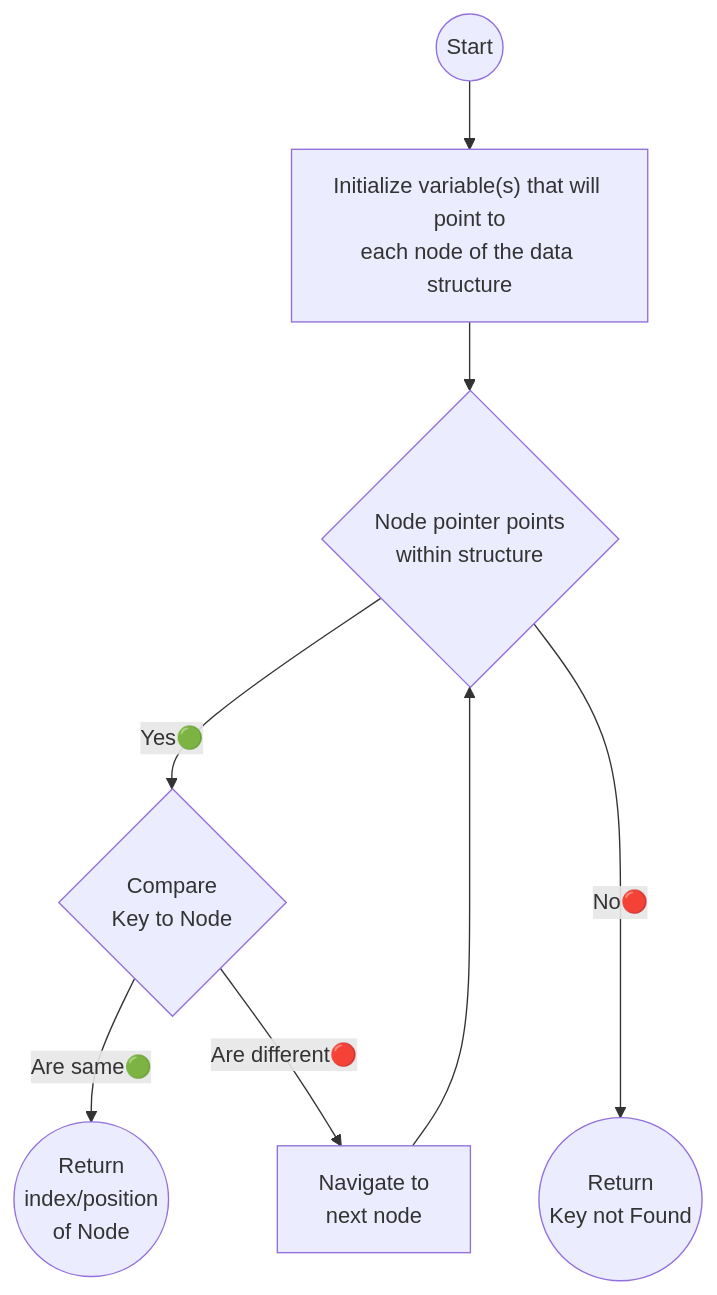
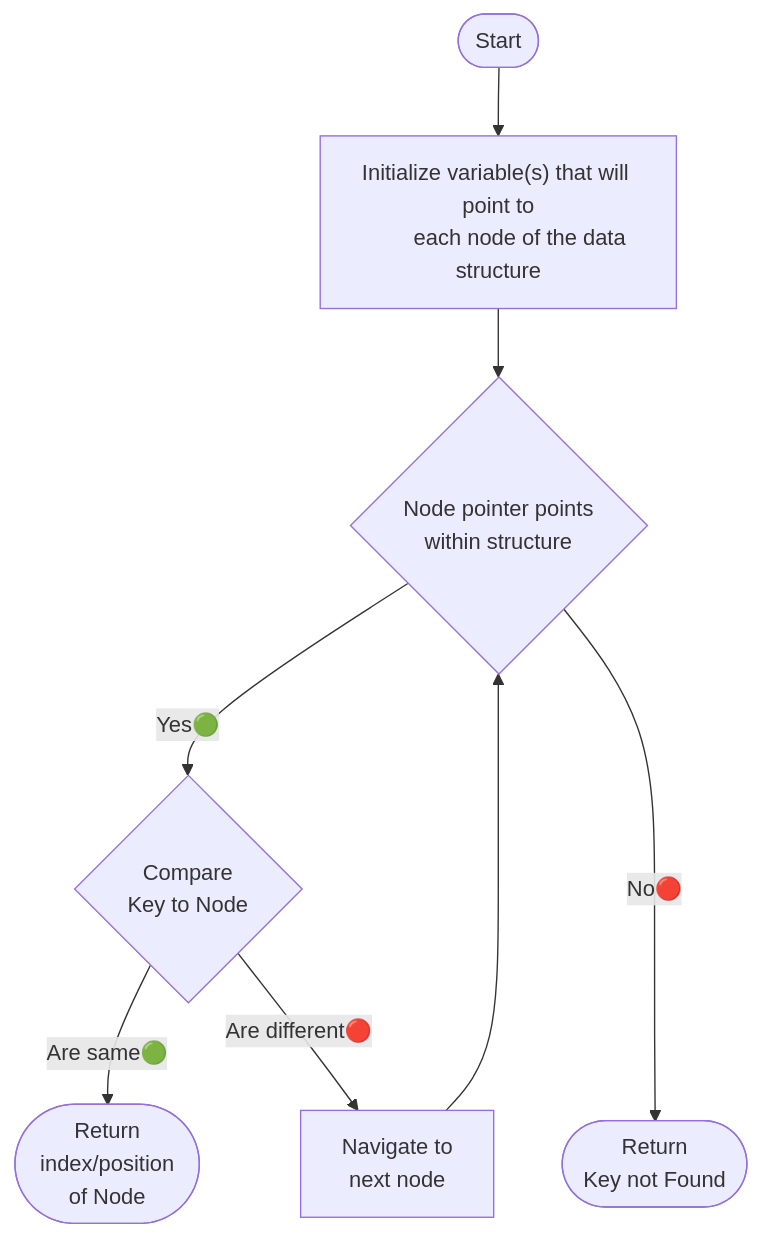
Before and after one commit to Mebanseibor/Code-Collection: the first of 2 diagrams in Java/Algorithms/Searching/Linear Search/README.md, drawn with Mermaid. The commit also changed other lines of this file and 3 other files, not shown here.

````diff
--- a/Java/Algorithms/Searching/Linear Search/README.md
+++ b/Java/Algorithms/Searching/Linear Search/README.md
@@ -16,25 +16,44 @@
 ```mermaid
 flowchart
     %% Node definition
-    Start((Start))
+    Start([Start])
     VarInit[Initialize initial variables]
-    CheckPointerWithinOfBounds{Node pointer points  <br />within structure}
-    NextNode[Navigate to<br>next node]
-    CompareKeyToNode{Compare<br />Key to Node}
-    ReturnKey((Return<br />index/position<br />of Node))
-    ReturnKeyNotFound((Return<br/>Key not Found))
+    CheckPointerWithinOfBounds{"
+        Node pointer points
+        within structure
+    "}
+    NextNode["
+        Navigate to
+        next node
+    "]
+    CompareKeyToNode{"
+        Compare
+        Key to Node
+    "}
+    ReturnKey(["
+        Return
+        index/position
+        of Node
+    "])
+    ReturnKeyNotFound(["
+        Return
+        Key not Found
+    "])
 
-    Start --> VarInit[Initialize variable#40;s#41; that will point to<br>each node of the data structure]
+    Start --> VarInit["
+        Initialize variable(s) that will point to
+        each node of the data structure
+    "]
     VarInit --> CheckPointerWithinOfBounds
     
     %% CheckPointerWithinOfBounds
         CheckPointerWithinOfBounds -->|Yes🟢| CompareKeyToNode
         CheckPointerWithinOfBounds --->|No🔴| ReturnKeyNotFound
 
 
     %% CompareKeyToNode
         CompareKeyToNode --> |Are same🟢| ReturnKey
         CompareKeyToNode --> |Are different🔴| NextNode
     
     NextNode --> CheckPointerWithinOfBounds
 ```
````
